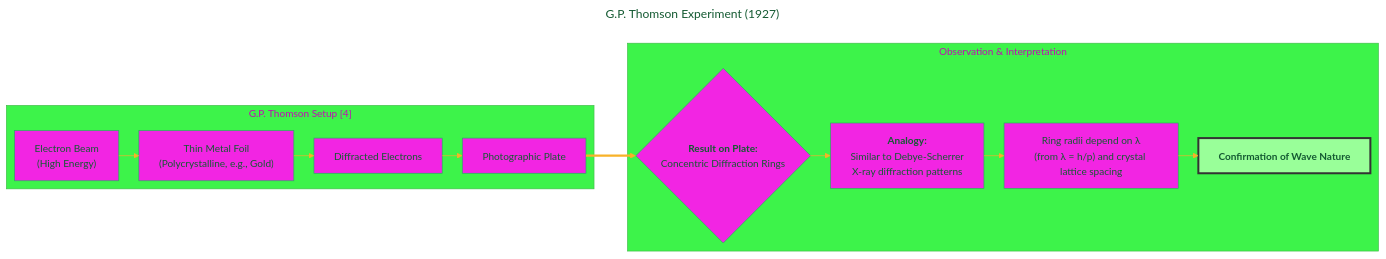
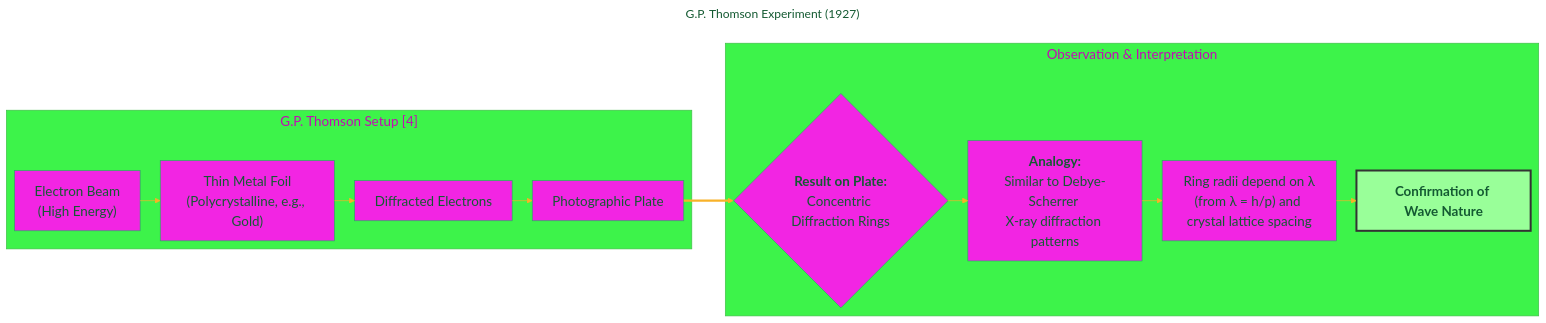
The fifth of 9 diagrams in Louis_de_Broglie/De_Broglie_Hypothesis.md (CongLeSolutionX/The-Formula-Founders), drawn with Mermaid before and after one commit. The commit also changed other lines of this file, not shown here.

````diff
--- a/Louis_de_Broglie/De_Broglie_Hypothesis.md
+++ b/Louis_de_Broglie/De_Broglie_Hypothesis.md
@@ -317,45 +317,45 @@
 ```mermaid
 ---
 title: "G.P. Thomson Experiment (1927)"
 author: "Cong Le"
 version: "1.0"
 license(s): "MIT, CC BY-SA 4.0"
 copyright: "Copyright (c) 2025 Cong Le. All Rights Reserved."
 config:
   layout: elk
   theme: base
 ---
 %%%%%%%% Mermaid version v11.4.1-b.14
 %%%%%%%% Available curve styles include the following keywords:
 %% basis, bumpX, bumpY, cardinal, catmullRom, linear, monotoneX, monotoneY, natural, step, stepAfter, stepBefore.
 %%{
   init: {
     'flowchart': { 'htmlLabels': true, 'curve': 'linear' },
-    'fontFamily': 'Comic Sans MS, cursive, sans-serif',
+    'fontFamily': 'American Typewriter, cursive, sans-serif',
     'themeVariables': {
       'primaryColor': '#F225E3',
       'primaryTextColor': '#145A32',
       'lineColor': '#F8B229',
       'primaryBorderColor': '#27AE60',
       'secondaryColor': '#EBDEF0',
       'secondaryTextColor': '#6C3483',
       'secondaryBorderColor': '#A569BD',
-      'fontSize': '15px'
+      'fontSize': '20px'
     }
   }
 }%%
 flowchart LR
     subgraph Thomson_Setup["G.P. Thomson Setup [4]"]
         A["Electron Beam<br/>(High Energy)"] --> B["Thin Metal Foil<br/>(Polycrystalline, e.g., Gold)"]
         B --> C["Diffracted Electrons"]
         C --> D["Photographic Plate"]
     end
 
     subgraph Observation_and_Interpretation["Observation & Interpretation"]
         D ==> E{"<b>Result on Plate:</b><br/>Concentric Diffraction Rings"}
         E --> F["<b>Analogy:</b><br/>Similar to Debye-Scherrer <br/>X-ray diffraction patterns"]
         F --> G["Ring radii depend on &lambda;<br/>(from &lambda; = h/p) and crystal lattice spacing"]
         G --> H["<b>Confirmation of Wave Nature</b>"]
     end
     style H fill:#9f9,stroke:#333,stroke-width:3px
 ```
````
